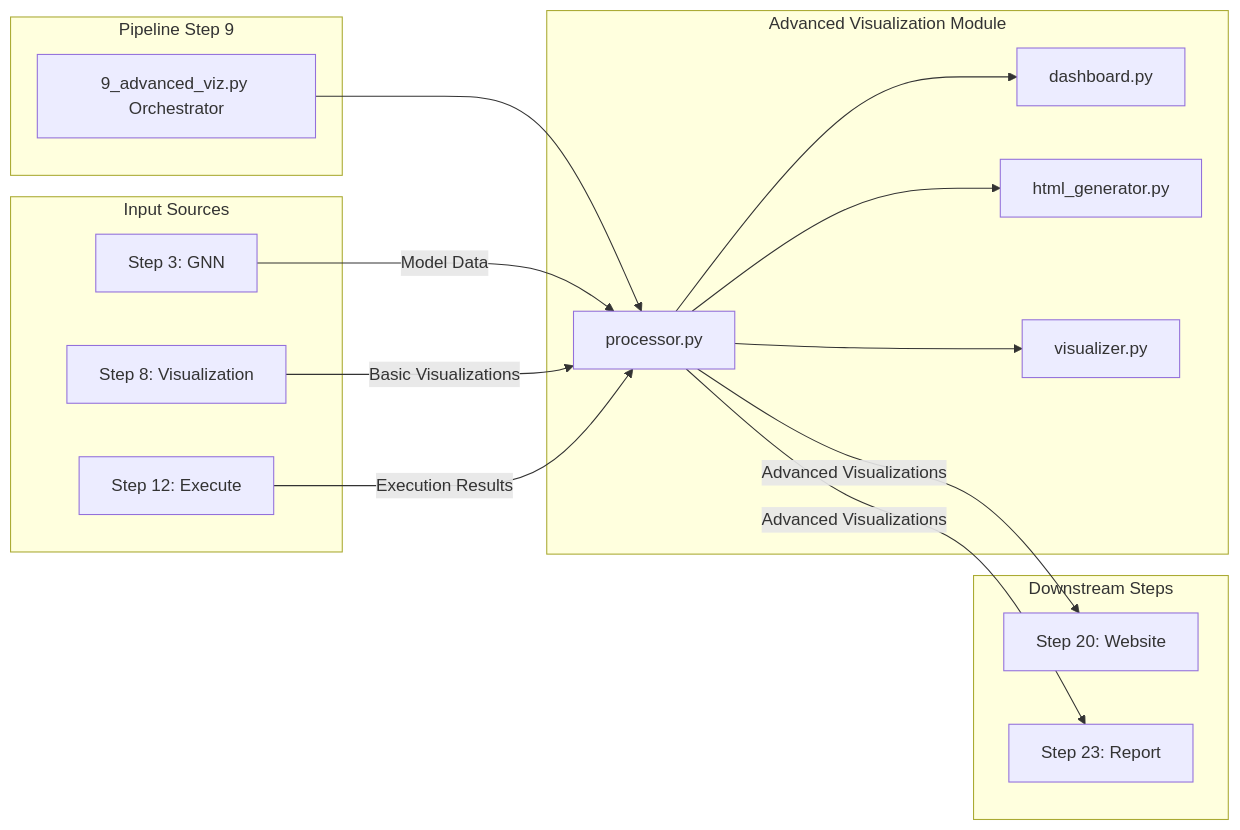
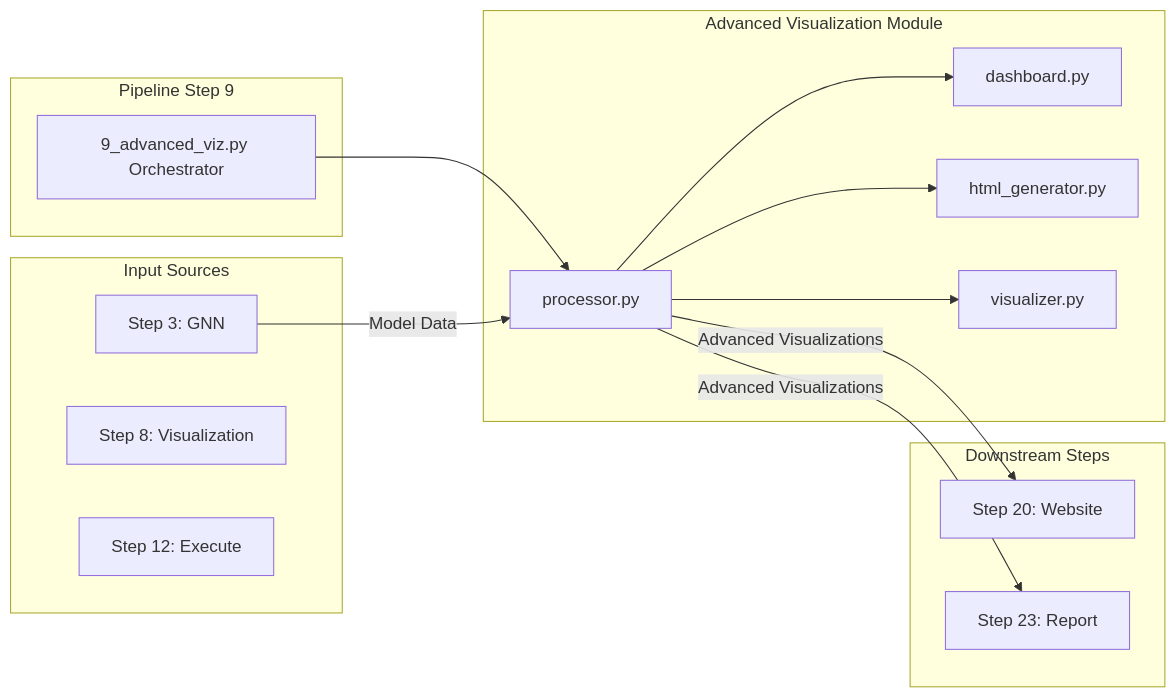
Before and after one commit to ActiveInferenceInstitute/GeneralizedNotationNotation: the second of 3 diagrams in src/gnn/advanced_visualization/README.md, drawn with Mermaid. The commit also changed 29 other files, not shown here.

First line of the commit message:
docs: correct pipeline data-dependency graphs to runtime artifact flow

````diff
--- a/src/gnn/advanced_visualization/README.md
+++ b/src/gnn/advanced_visualization/README.md
@@ -70,36 +70,34 @@
 ```mermaid
 flowchart LR
     subgraph "Pipeline Step 9"
         Step9[9_advanced_viz.py Orchestrator]
     end
     
     subgraph "Advanced Visualization Module"
         Processor[processor.py]
         Dashboard[dashboard.py]
         HTMLGen[html_generator.py]
         Visualizer[visualizer.py]
     end
     
     subgraph "Input Sources"
         Step3[Step 3: GNN]
         Step8[Step 8: Visualization]
         Step12[Step 12: Execute]
     end
     
     subgraph "Downstream Steps"
         Step20[Step 20: Website]
         Step23[Step 23: Report]
     end
     
     Step9 --> Processor
     Processor --> Dashboard
     Processor --> HTMLGen
     Processor --> Visualizer
     
     Step3 -->|Model Data| Processor
-    Step8 -->|Basic Visualizations| Processor
-    Step12 -->|Execution Results| Processor
     
     Processor -->|Advanced Visualizations| Step20
     Processor -->|Advanced Visualizations| Step23
 ```
````
